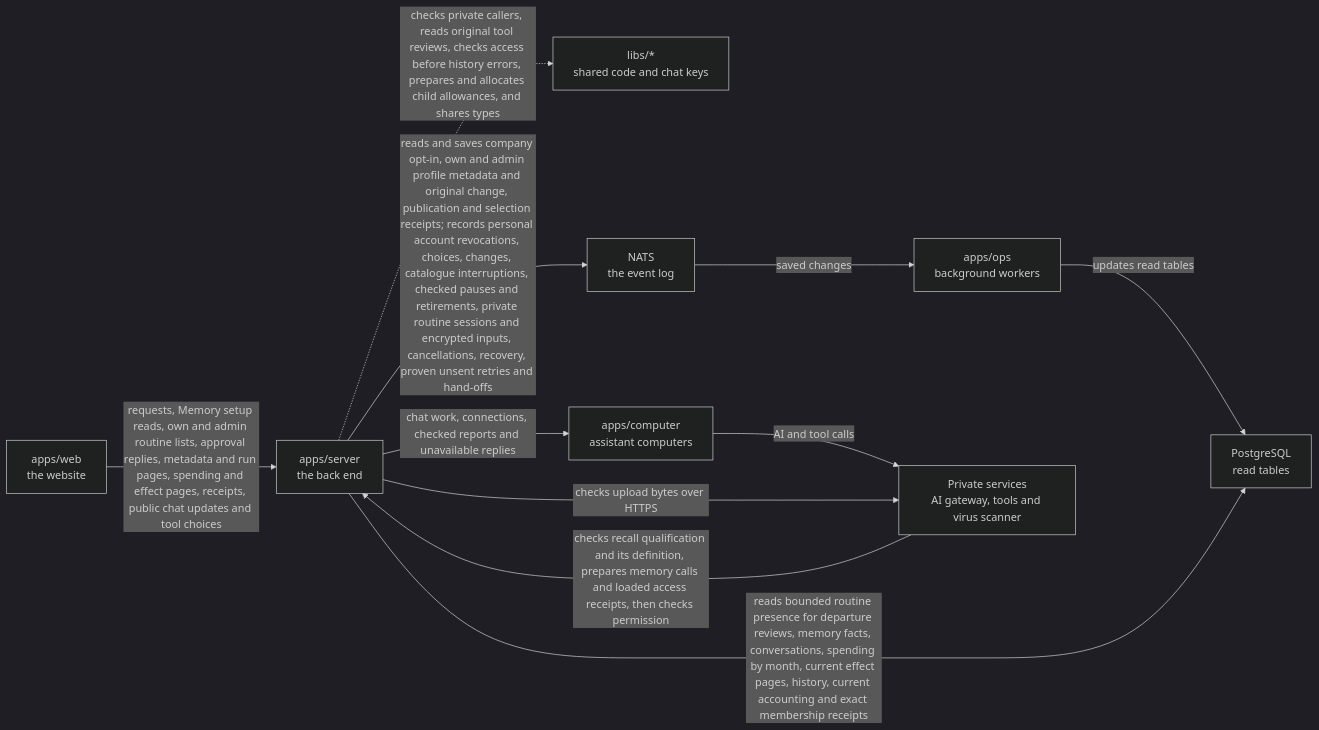
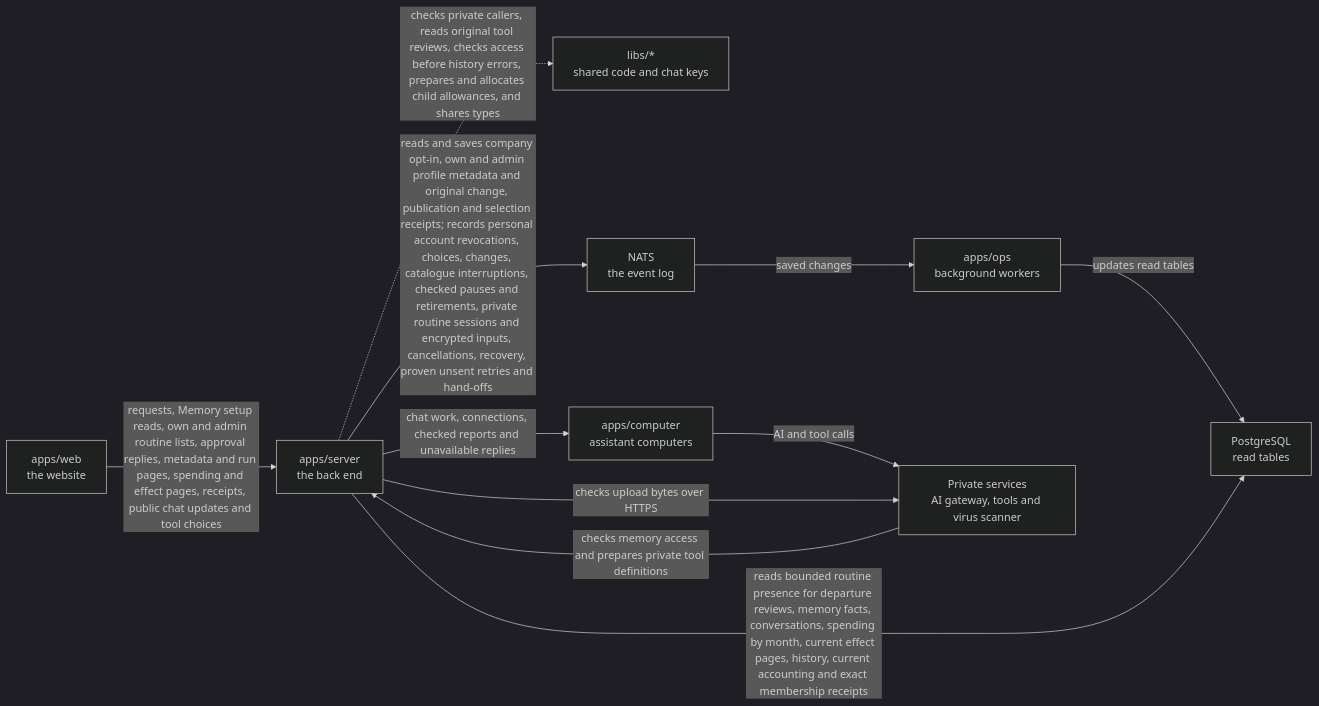
One commit to elewa-git/opencrane-new changed the diagram in apps/server/README.md. Above: the diagram before and after it, drawn with Mermaid (dark theme). The commit also changed other lines of this file and 7 other files, not shown here.

````diff
--- a/apps/server/README.md
+++ b/apps/server/README.md
@@ -92,13 +92,13 @@
 ```mermaid
 flowchart LR
   web["apps/web<br/>the website"] -->|requests, Memory setup reads, own and admin routine lists, approval replies, metadata and run pages, spending and effect pages, receipts, public chat updates and tool choices| server["apps/server<br/>the back end"]
   server -.->|checks private callers, reads original tool reviews, checks access before history errors, prepares and allocates child allowances, and shares types| libs["libs/*<br/>shared code and chat keys"]
   server -->|reads and saves company opt-in, own and admin profile metadata and original change, publication and selection receipts; records personal account revocations, choices, changes, catalogue interruptions, checked pauses and retirements, private routine sessions and encrypted inputs, cancellations, recovery, proven unsent retries and hand-offs| nats["NATS<br/>the event log"]
   nats -->|saved changes| ops["apps/ops<br/>background workers"]
   ops -->|updates read tables| postgres["PostgreSQL<br/>read tables"]
   server -->|reads bounded routine presence for departure reviews, memory facts, conversations, spending by month, current effect pages, history, current accounting and exact membership receipts| postgres
   server -->|chat work, connections, checked reports and unavailable replies| computer["apps/computer<br/>assistant computers"]
   computer -->|AI and tool calls| runtime["Private services<br/>AI gateway, tools and virus scanner"]
   server -->|checks upload bytes over HTTPS| runtime
-  runtime -->|checks recall qualification and its definition, prepares memory calls and loaded access receipts, then checks permission| server
+  runtime -->|checks memory access and prepares private tool definitions| server
 ```
````
